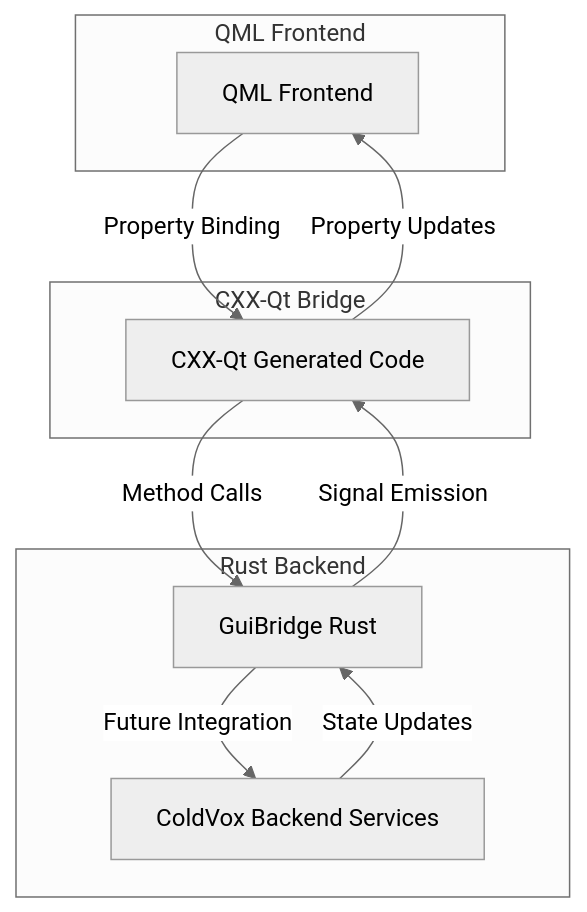
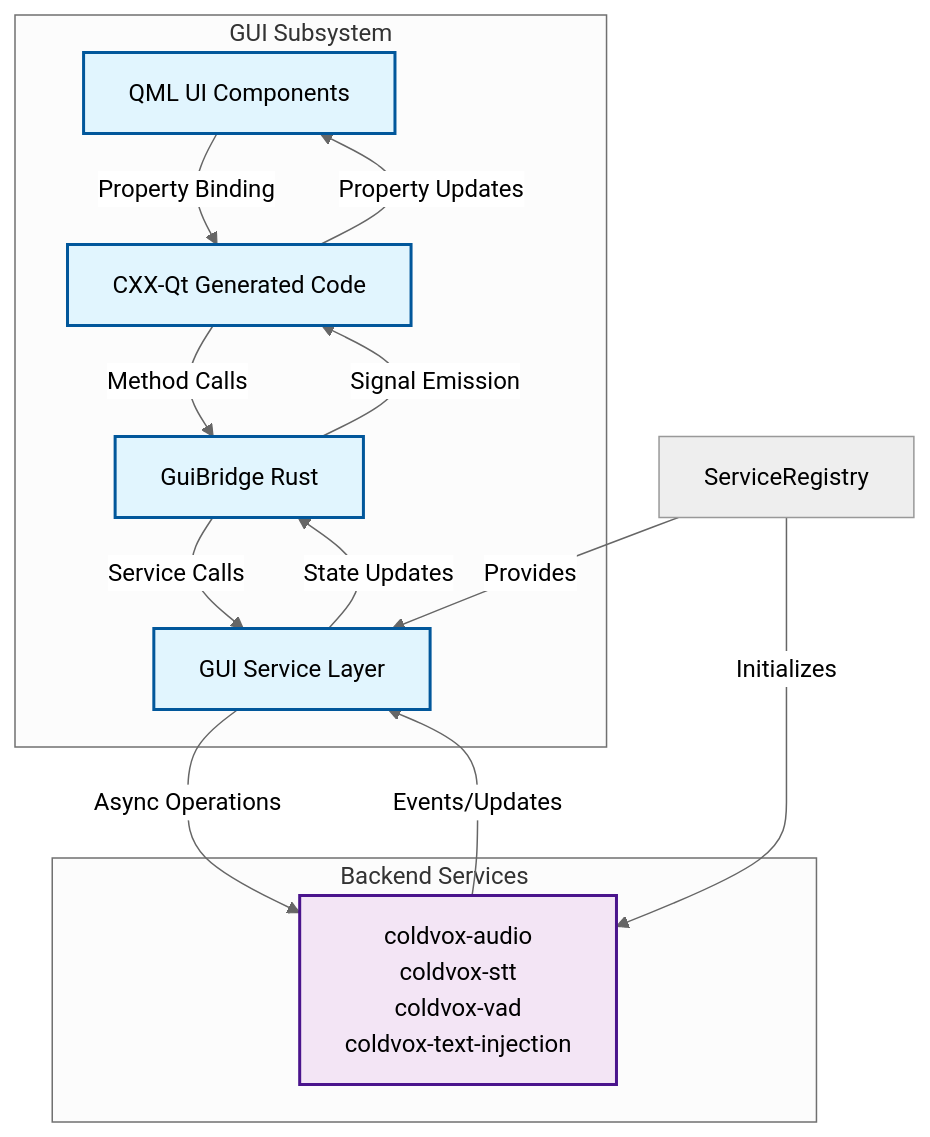
One commit to Coldaine/ColdVox changed the first of 5 diagrams in crates/coldvox-gui/docs/bridge.md. Above: the diagram before and after it, drawn with Mermaid (neutral theme). The commit also changed 10 other files, not shown here.

````diff
--- a/crates/coldvox-gui/docs/bridge.md
+++ b/crates/coldvox-gui/docs/bridge.md
@@ -18,23 +18,32 @@
 ```mermaid
 graph TD
-    A[QML Frontend] -->|Property Binding| B[CXX-Qt Generated Code]
+    A[QML UI Components] -->|Property Binding| B[CXX-Qt Generated Code]
     B -->|Method Calls| C[GuiBridge Rust]
-    C -->|Future Integration| D[ColdVox Backend Services]
+    C -->|Service Calls| D[GUI Service Layer]
+    D -->|Async Operations| E[Existing Backend Services]
 
+    E -->|Events/Updates| D
     D -->|State Updates| C
     C -->|Signal Emission| B
     B -->|Property Updates| A
 
-    subgraph Rust Backend
+    subgraph GUI Subsystem
+    A
+    B
     C
     D
     end
 
-    subgraph QML Frontend
-    A
+    subgraph Backend Services
+    E[coldvox-audio<br/>coldvox-stt<br/>coldvox-vad<br/>coldvox-text-injection]
     end
 
-    subgraph CXX-Qt Bridge
-    B
-    end
+    F[ServiceRegistry] -->|Initializes| E
+    F -->|Provides| D
+
+    classDef guiSubsystem fill:#e1f5fe,stroke:#01579b,stroke-width:2px
+    classDef backendServices fill:#f3e5f5,stroke:#4a148c,stroke-width:2px
+
+    class A,B,C,D guiSubsystem
+    class E backendServices
 ```
````
